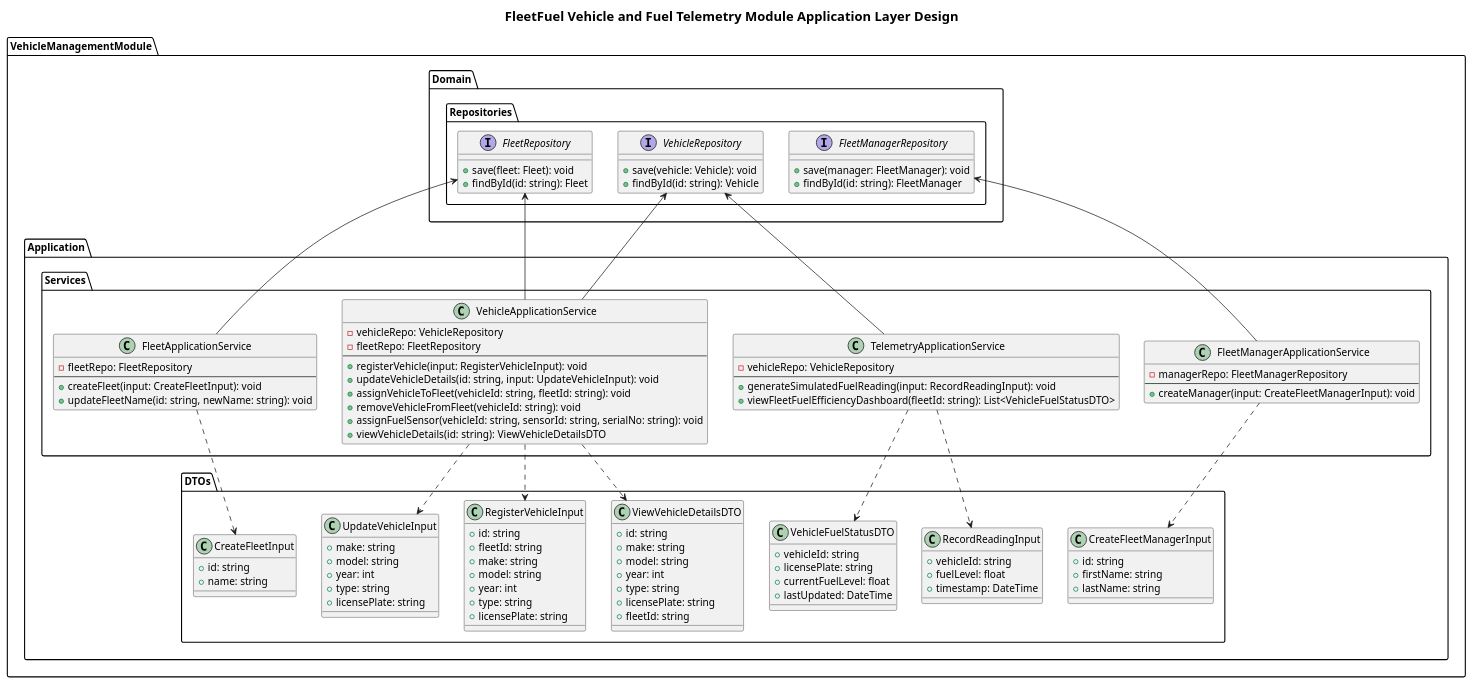
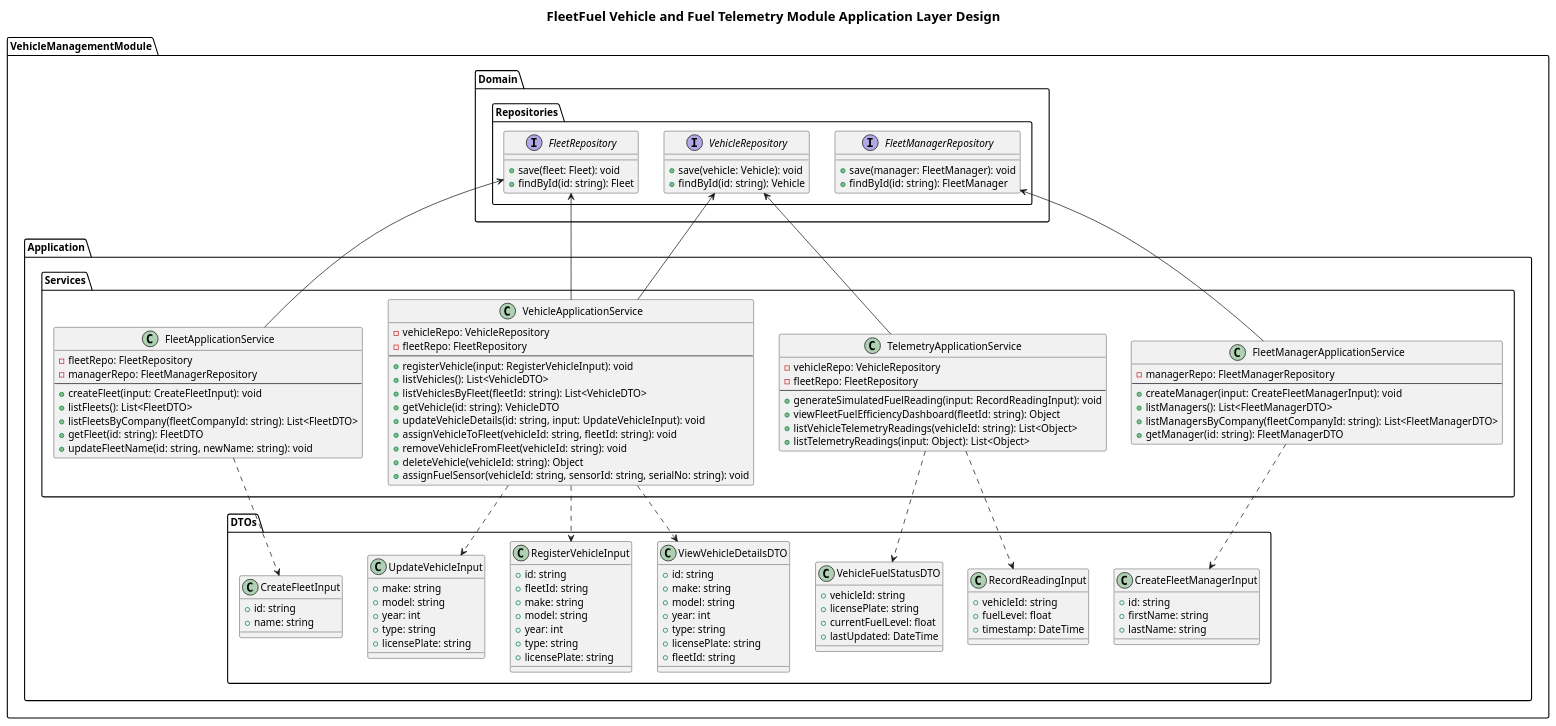
The diagram in Backend/VehicleAndFleetTelemetryModule/Application/application.puml (mirukibs/FleetFuel), drawn with PlantUML before and after one commit. The commit also changed 58 other files, not shown here.

Commit message:
Modified the authentication module and refined the whole system's flow

```diff
--- a/Backend/VehicleAndFleetTelemetryModule/Application/application.puml
+++ b/Backend/VehicleAndFleetTelemetryModule/Application/application.puml
@@ -1,131 +1,142 @@
 @startuml
 skinparam handwritten false
 skinparam titleFontSize 18
 top to bottom direction
 title FleetFuel Vehicle and Fuel Telemetry Module Application Layer Design
 
 Package VehicleManagementModule {
 
     Package Domain {
         Package Repositories {
             Interface VehicleRepository {
                 + save(vehicle: Vehicle): void
                 + findById(id: string): Vehicle
             }
             Interface FleetRepository {
                 + save(fleet: Fleet): void
                 + findById(id: string): Fleet
             }
             Interface FleetManagerRepository {
                 + save(manager: FleetManager): void
                 + findById(id: string): FleetManager
             }
         }
     }
    
     Package Application {
         
         Package DTOs {
             Class CreateFleetInput {
                 + id: string
                 + name: string
             }
             Class RegisterVehicleInput {
                 + id: string
                 + fleetId: string
                 + make: string
                 + model: string
                 + year: int
                 + type: string
                 + licensePlate: string
             }
             Class UpdateVehicleInput {
                 + make: string
                 + model: string
                 + year: int
                 + type: string
                 + licensePlate: string
             }
             Class RecordReadingInput {
                 + vehicleId: string
                 + fuelLevel: float
                 + timestamp: DateTime
             }
             Class VehicleFuelStatusDTO {
                 + vehicleId: string
                 + licensePlate: string
                 + currentFuelLevel: float
                 + lastUpdated: DateTime
             }
 
             Class CreateFleetManagerInput {
                 + id: string
                 + firstName: string
                 + lastName: string
             }
 
             Class ViewVehicleDetailsDTO {
                 + id: string
                 + make: string
                 + model: string
                 + year: int
                 + type: string
                 + licensePlate: string
                 + fleetId: string
             }
         }
 
         Package Services {
             Class FleetManagerApplicationService {
                 - managerRepo: FleetManagerRepository
                 ---
                 + createManager(input: CreateFleetManagerInput): void
+                + listManagers(): List<FleetManagerDTO>
+                + listManagersByCompany(fleetCompanyId: string): List<FleetManagerDTO>
+                + getManager(id: string): FleetManagerDTO
             }
             
             Class FleetApplicationService {
                 - fleetRepo: FleetRepository
+                - managerRepo: FleetManagerRepository
                 ---
                 + createFleet(input: CreateFleetInput): void
+                + listFleets(): List<FleetDTO>
+                + listFleetsByCompany(fleetCompanyId: string): List<FleetDTO>
+                + getFleet(id: string): FleetDTO
                 + updateFleetName(id: string, newName: string): void
             }
 
             Class VehicleApplicationService {
                 - vehicleRepo: VehicleRepository
                 - fleetRepo: FleetRepository
                 ---
                 + registerVehicle(input: RegisterVehicleInput): void
+                + listVehicles(): List<VehicleDTO>
+                + listVehiclesByFleet(fleetId: string): List<VehicleDTO>
+                + getVehicle(id: string): VehicleDTO
                 + updateVehicleDetails(id: string, input: UpdateVehicleInput): void
                 + assignVehicleToFleet(vehicleId: string, fleetId: string): void
                 + removeVehicleFromFleet(vehicleId: string): void
+                + deleteVehicle(vehicleId: string): Object
                 + assignFuelSensor(vehicleId: string, sensorId: string, serialNo: string): void
-                + viewVehicleDetails(id: string): ViewVehicleDetailsDTO
             }
 
             Class TelemetryApplicationService {
                 - vehicleRepo: VehicleRepository
+                - fleetRepo: FleetRepository
                 ---
-                ' Driven by the Simulation Engine Actor
                 + generateSimulatedFuelReading(input: RecordReadingInput): void
-                ' Driven by the Fleet Manager Actor
-                + viewFleetFuelEfficiencyDashboard(fleetId: string): List<VehicleFuelStatusDTO>
+                + viewFleetFuelEfficiencyDashboard(fleetId: string): Object
+                + listVehicleTelemetryReadings(vehicleId: string): List<Object>
+                + listTelemetryReadings(input: Object): List<Object>
             }
         }
 
         ' Layer Dependencies
         VehicleApplicationService ..> RegisterVehicleInput
         VehicleApplicationService ..> UpdateVehicleInput
         VehicleApplicationService ..> ViewVehicleDetailsDTO
         TelemetryApplicationService ..> RecordReadingInput
         TelemetryApplicationService ..> VehicleFuelStatusDTO
         FleetApplicationService ..> CreateFleetInput
         FleetManagerApplicationService ..> CreateFleetManagerInput
     }
 
     ' Orchestration links
     FleetApplicationService -up-> FleetRepository
     VehicleApplicationService -up-> VehicleRepository
     VehicleApplicationService -up-> FleetRepository
     TelemetryApplicationService -up-> VehicleRepository
     FleetManagerApplicationService -up-> FleetManagerRepository
 }
 @enduml
```
